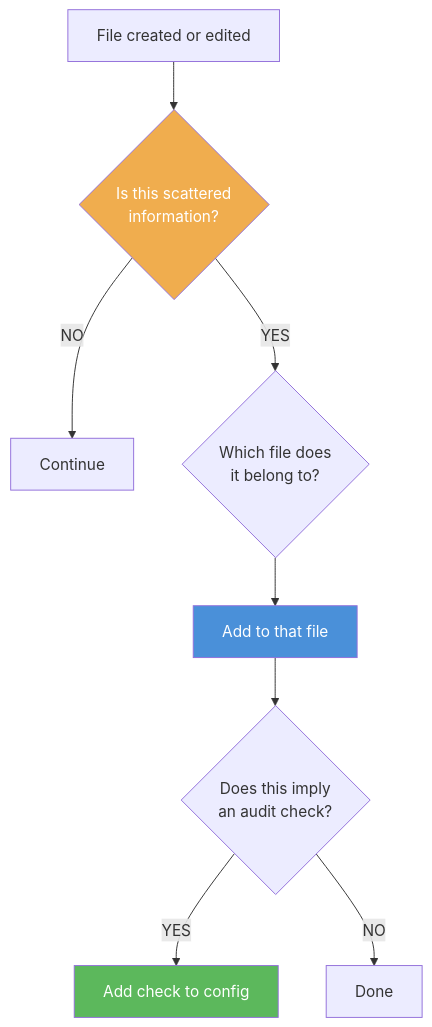
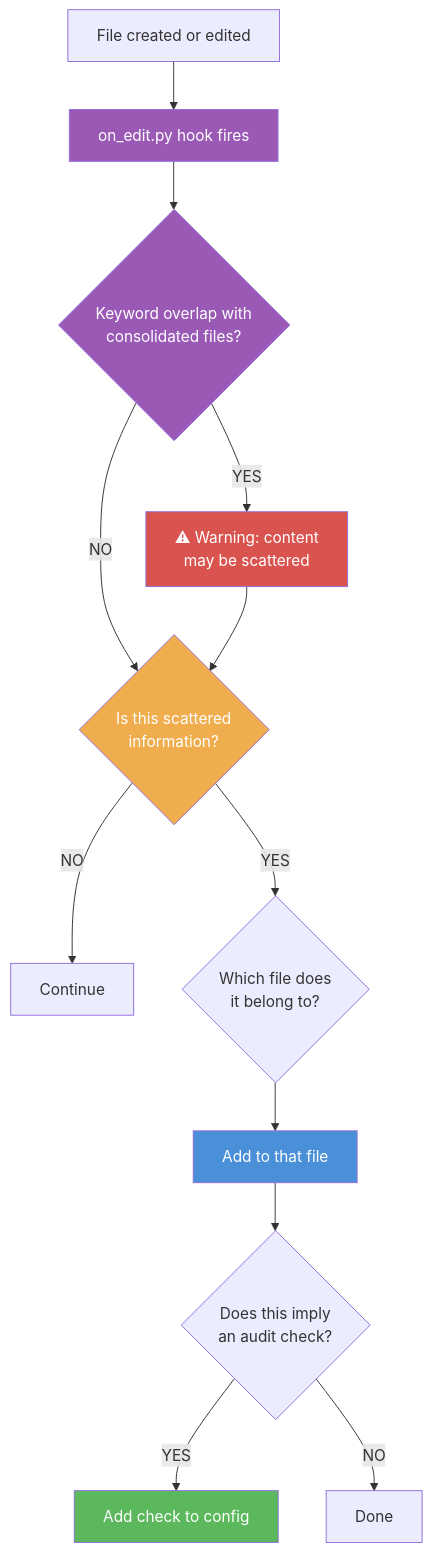
The diagram in docs/reference/rule-zero.md (dexmaddy/agentic-ai-tiered-startup), drawn with Mermaid before and after one commit. The commit also changed other lines of this file and 9 other files, not shown here.

````diff
--- a/docs/reference/rule-zero.md
+++ b/docs/reference/rule-zero.md
@@ -26,14 +26,21 @@
 ```mermaid
 graph TD
-    A["File created or edited"] --> B{"Is this scattered<br/>information?"}
+    A["File created or edited"] --> K["on_edit.py hook fires"]
+    K --> L{"Keyword overlap with<br/>consolidated files?"}
+    L -->|YES| M["⚠ Warning: content<br/>may be scattered"]
+    L -->|NO| B
+    M --> B{"Is this scattered<br/>information?"}
     B -->|NO| C["Continue"]
     B -->|YES| D{"Which file does<br/>it belong to?"}
     D --> E["Add to that file"]
     E --> F{"Does this imply<br/>an audit check?"}
     F -->|YES| G["Add check to config"]
     F -->|NO| H["Done"]
 
+    style K fill:#9b59b6,color:#fff
+    style L fill:#9b59b6,color:#fff
+    style M fill:#d9534f,color:#fff
     style B fill:#f0ad4e,color:#fff
     style E fill:#4a90d9,color:#fff
     style G fill:#5cb85c,color:#fff
 ```
````
